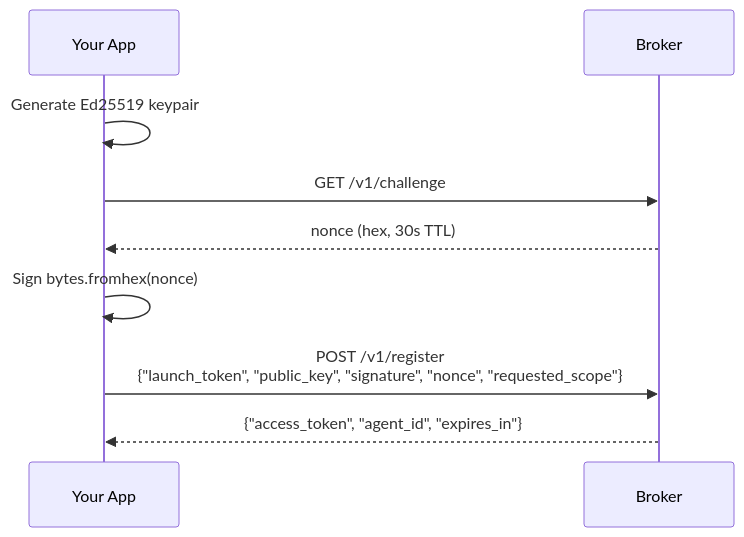
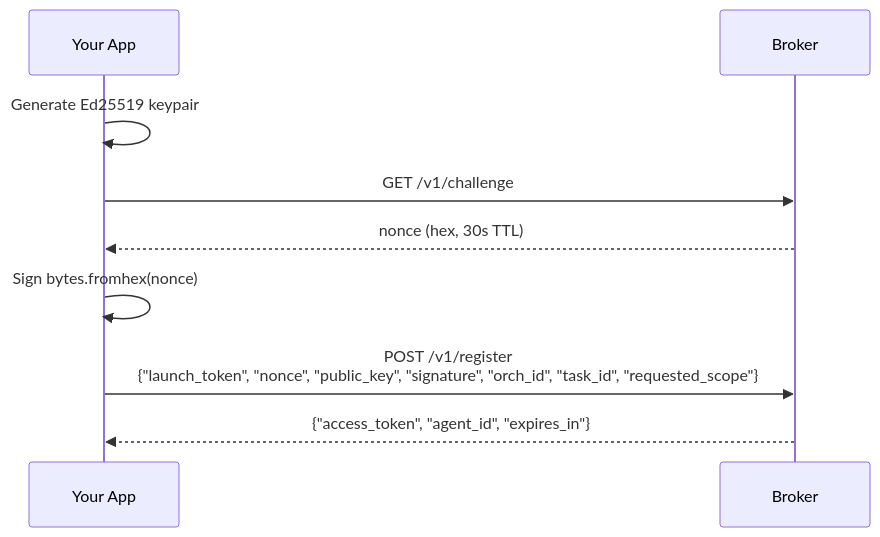
Before and after one commit to devonartis/agentwrit: the first of 2 diagrams in docs/getting-started-developer.md, drawn with Mermaid. The commit also changed other lines of this file and 9 other files, not shown here.

````diff
--- a/docs/getting-started-developer.md
+++ b/docs/getting-started-developer.md
@@ -92,12 +198,12 @@
 ```mermaid
 sequenceDiagram
     participant App as Your App
     participant B as Broker
 
     App->>App: Generate Ed25519 keypair
     App->>B: GET /v1/challenge
     B-->>App: nonce (hex, 30s TTL)
     App->>App: Sign bytes.fromhex(nonce)
-    App->>B: POST /v1/register<br/>{"launch_token", "public_key", "signature", "nonce", "requested_scope"}
+    App->>B: POST /v1/register<br/>{"launch_token", "nonce", "public_key", "signature", "orch_id", "task_id", "requested_scope"}
     B-->>App: {"access_token", "agent_id", "expires_in"}
 ```
````
